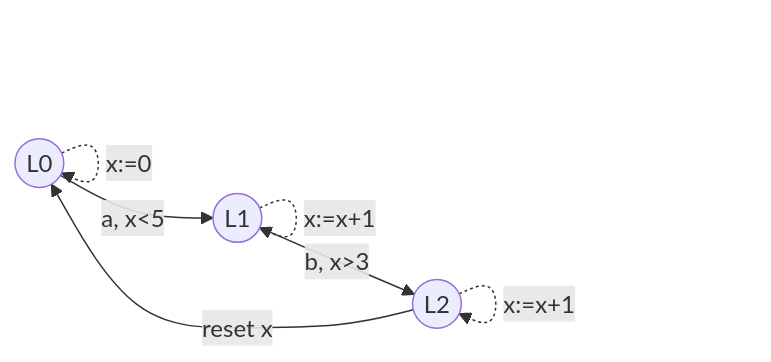
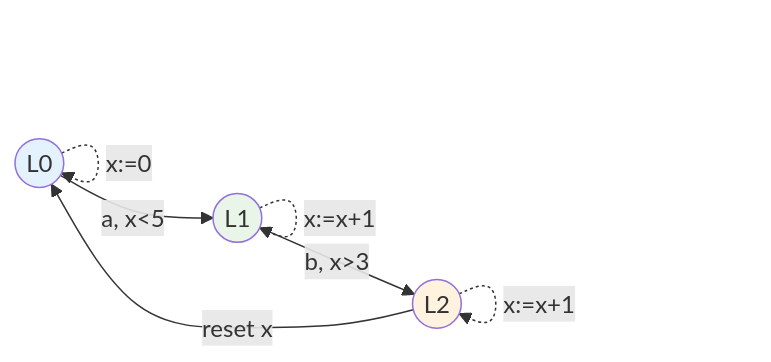
One commit to AdaMartin18010/Lean changed the sixth of 9 diagrams in analysis/1-形式化理论/1.3-时序逻辑与控制/1.3.6-图表与多表征.md. Above: the diagram before and after it, drawn with Mermaid. The commit also changed other lines of this file and 24 other files, not shown here.

````diff
--- a/analysis/1-形式化理论/1.3-时序逻辑与控制/1.3.6-图表与多表征.md
+++ b/analysis/1-形式化理论/1.3-时序逻辑与控制/1.3.6-图表与多表征.md
@@ -85,10 +253,14 @@
 ```mermaid
 graph LR
   L0((L0)) -->|a, x<5| L1((L1))
   L1 -->|b, x>3| L2((L2))
   L2 -->|reset x| L0
   
   L0 -.->|x:=0| L0
   L1 -.->|x:=x+1| L1
   L2 -.->|x:=x+1| L2
+  
+  style L0 fill:#e3f2fd
+  style L1 fill:#e8f5e8
+  style L2 fill:#fff3e0
 ```
````
